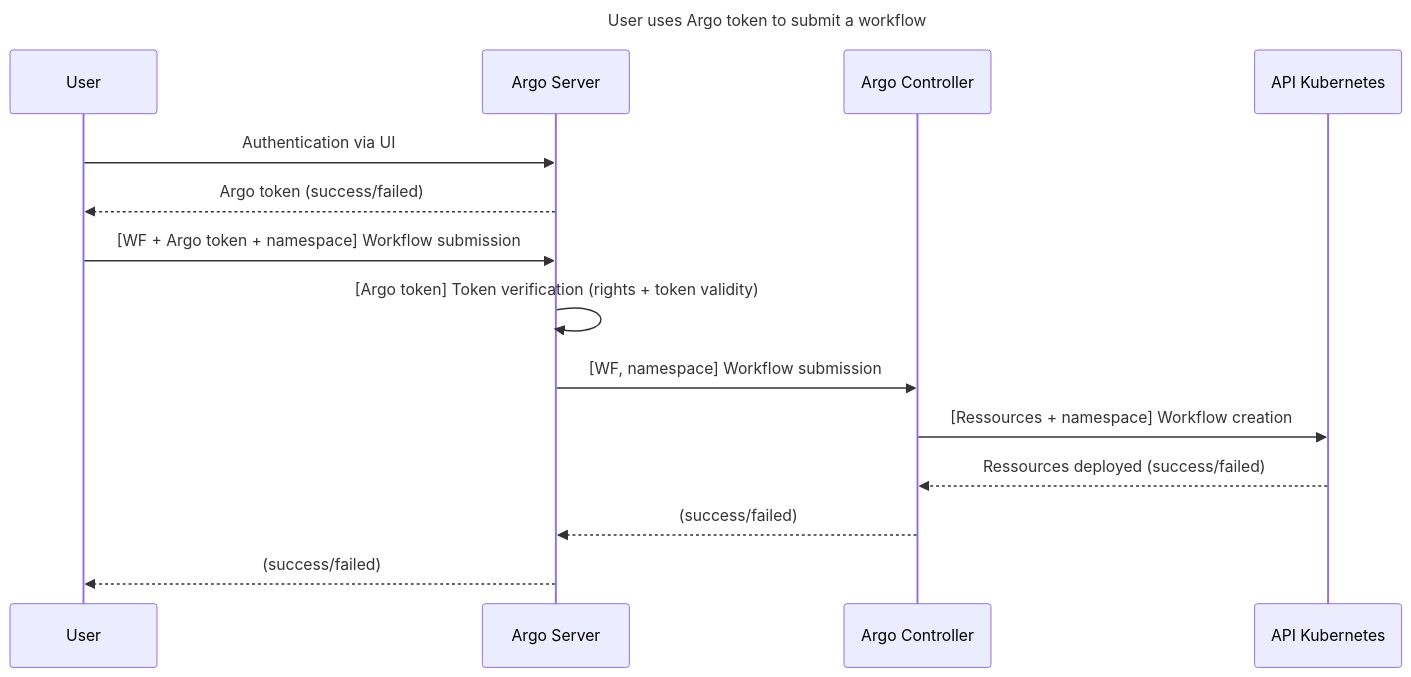
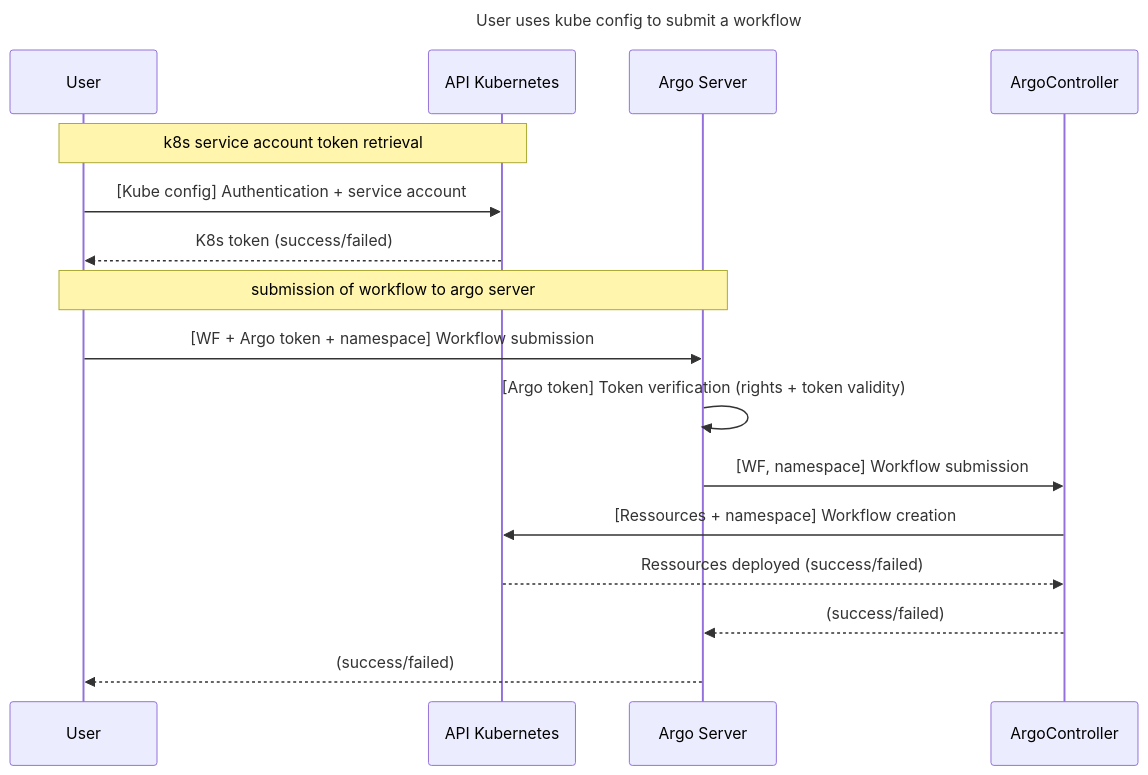
Before and after one commit to VCityTeam/hera_utils: the fourth of 4 diagrams in README.md, drawn with Mermaid. The commit also changed other lines of this file, not shown here.

````diff
--- a/README.md
+++ b/README.md
@@ -380,20 +406,22 @@
 ```mermaid
 sequenceDiagram
-    title User uses Argo token to submit a workflow
+    title User uses kube config to submit a workflow
     participant User
+    participant KubeAPI as API Kubernetes
     participant ArgoServer as Argo Server
-    participant ArgoController as Argo Controller
-    participant KubeAPI as API Kubernetes
 
-    User->>ArgoServer: Authentication via UI
-    ArgoServer-->>User: Argo token (success/failed)
+    Note over User,KubeAPI: k8s service account token retrieval
+    User->>KubeAPI: [Kube config] Authentication + service account
+    KubeAPI-->>User: K8s token (success/failed)
 
+
+    Note over User,ArgoServer: submission of workflow to argo server
     User->>ArgoServer: [WF + Argo token + namespace] Workflow submission
     ArgoServer->>ArgoServer: [Argo token] Token verification (rights + token validity)
     ArgoServer->>ArgoController: [WF, namespace] Workflow submission
     ArgoController->> KubeAPI: [Ressources + namespace] Workflow creation
     KubeAPI-->>ArgoController: Ressources deployed (success/failed)
     ArgoController-->>ArgoServer: (success/failed)
 
     ArgoServer-->>User: (success/failed)
 ```
````
